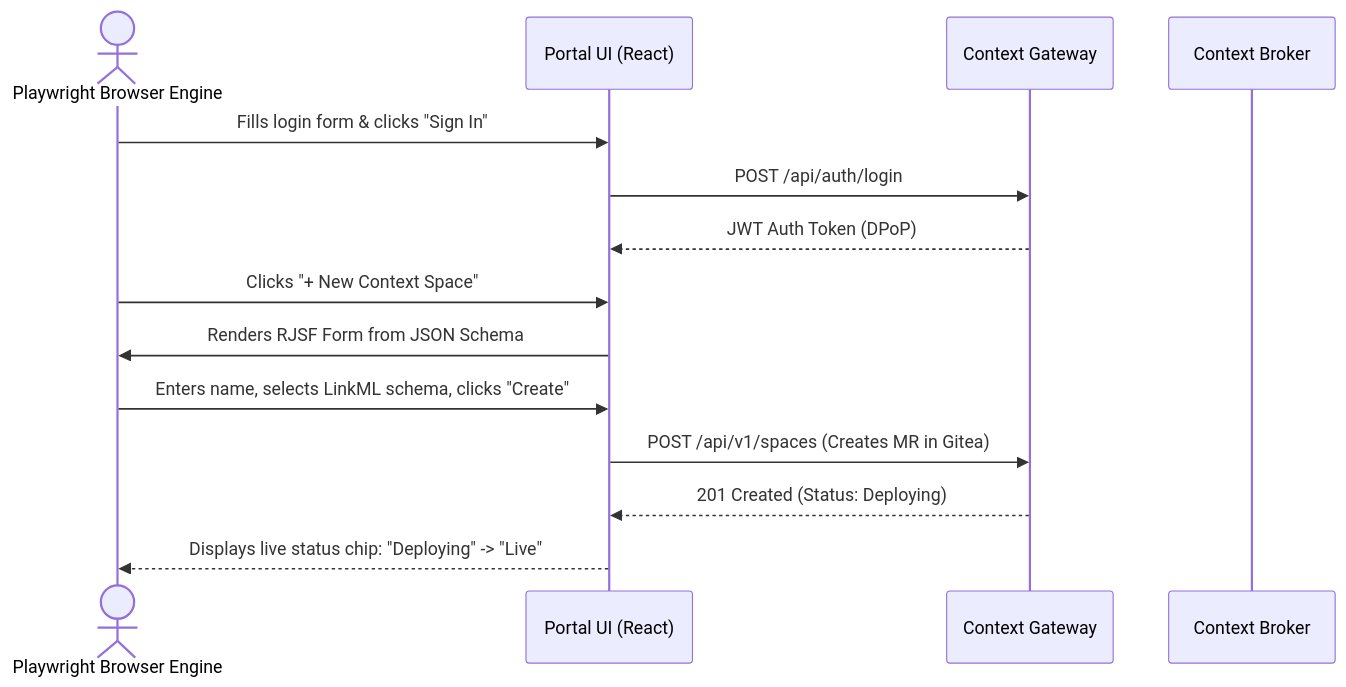
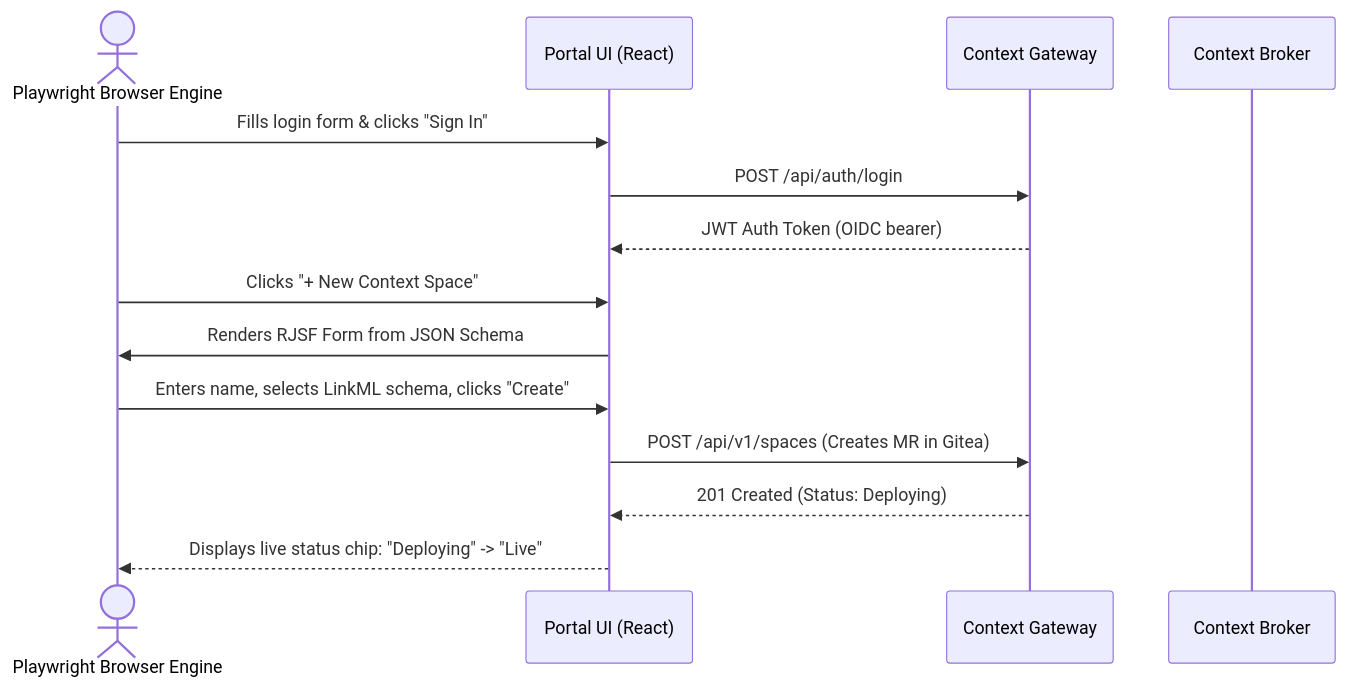
The diagram in Testing/03-frontend-and-e2e-tests.md (marek-mraz-jc/joinedcontext-docs), drawn with Mermaid before and after one commit. The commit also changed 1 other file, not shown here.

Commit message:
T-2365: docs: the API map and the e2e journey no longer show DPoP as a control the edge applies (T-2365, T-2358; AG-02)

````diff
--- a/Testing/03-frontend-and-e2e-tests.md
+++ b/Testing/03-frontend-and-e2e-tests.md
@@ -34,17 +34,17 @@
 ```mermaid
 sequenceDiagram
     actor Tester as Playwright Browser Engine
     participant UI as Portal UI (React)
     participant GW as Context Gateway
     participant Broker as Context Broker
     
     Tester->>UI: Fills login form & clicks "Sign In"
     UI->>GW: POST /api/auth/login
-    GW-->>UI: JWT Auth Token (DPoP)
+    GW-->>UI: JWT Auth Token (OIDC bearer)
     Tester->>UI: Clicks "+ New Context Space"
     UI->>Tester: Renders RJSF Form from JSON Schema
     Tester->>UI: Enters name, selects LinkML schema, clicks "Create"
     UI->>GW: POST /api/v1/spaces (Creates MR in Gitea)
     GW-->>UI: 201 Created (Status: Deploying)
     UI-->>Tester: Displays live status chip: "Deploying" -> "Live"
 ```
````
